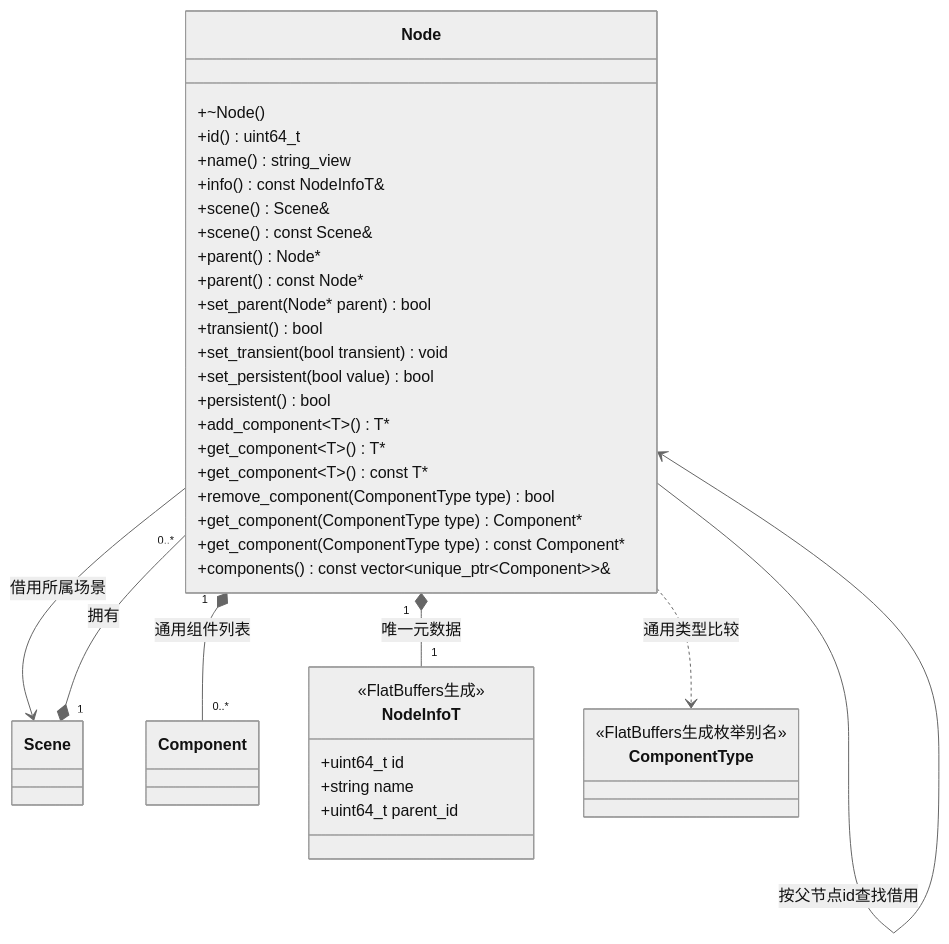
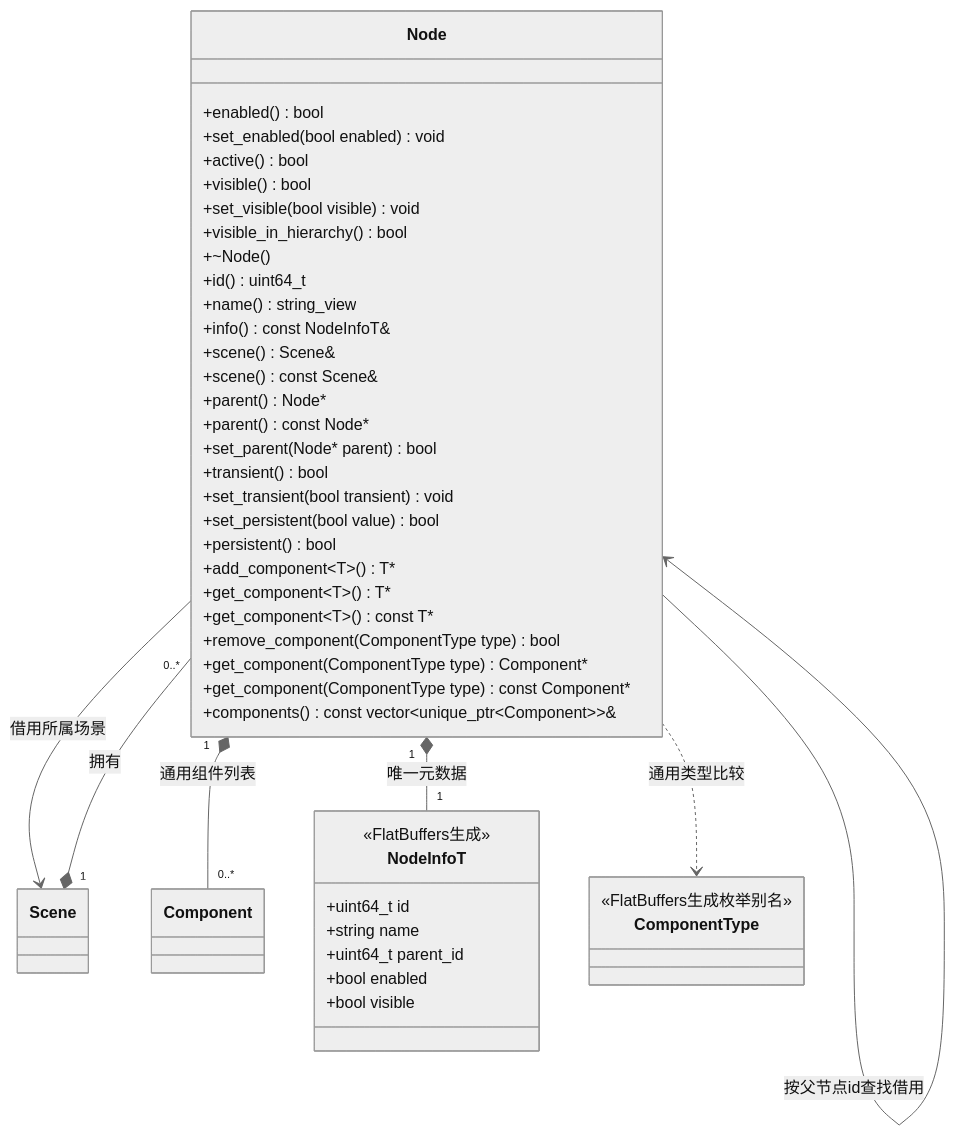
One commit to lcals/Engine changed the diagram in docs/runtime/class-diagrams/node.md. Above: the diagram before and after it, drawn with Mermaid (neutral theme). The commit also changed other lines of this file and 195 other files, not shown here.

````diff
--- a/docs/runtime/class-diagrams/node.md
+++ b/docs/runtime/class-diagrams/node.md
@@ -5,42 +5,50 @@
 ```mermaid
 classDiagram
     class Node {
+        +enabled() bool
+        +set_enabled(bool enabled) void
+        +active() bool
+        +visible() bool
+        +set_visible(bool visible) void
+        +visible_in_hierarchy() bool
         +~Node()
         +id() uint64_t
         +name() string_view
         +info() const NodeInfoT&
         +scene() Scene&
         +scene() const Scene&
         +parent() Node#42;
         +parent() const Node#42;
         +set_parent(Node#42; parent) bool
         +transient() bool
         +set_transient(bool transient) void
         +set_persistent(bool value) bool
         +persistent() bool
         +add_component~T~() T#42;
         +get_component~T~() T#42;
         +get_component~T~() const T#42;
         +remove_component(ComponentType type) bool
         +get_component(ComponentType type) Component#42;
         +get_component(ComponentType type) const Component#42;
         +components() const vector~unique_ptr~Component~~&
     }
     class Scene
     class Component
     class NodeInfoT {
         <<FlatBuffers生成>>
         +uint64_t id
         +string name
         +uint64_t parent_id
+        +bool enabled
+        +bool visible
     }
     class ComponentType {
         <<FlatBuffers生成枚举别名>>
     }
     Scene "1" *-- "0..*" Node : 拥有
     Node --> Scene : 借用所属场景
     Node --> Node : 按父节点id查找借用
     Node "1" *-- "1" NodeInfoT : 唯一元数据
     Node "1" *-- "0..*" Component : 通用组件列表
     Node ..> ComponentType : 通用类型比较
 ```
````
